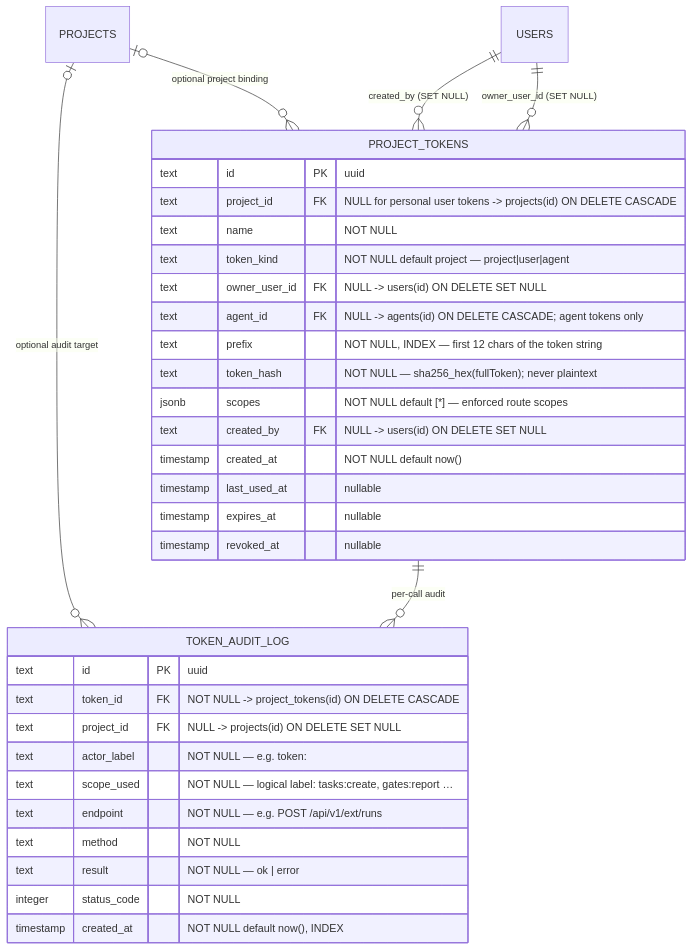
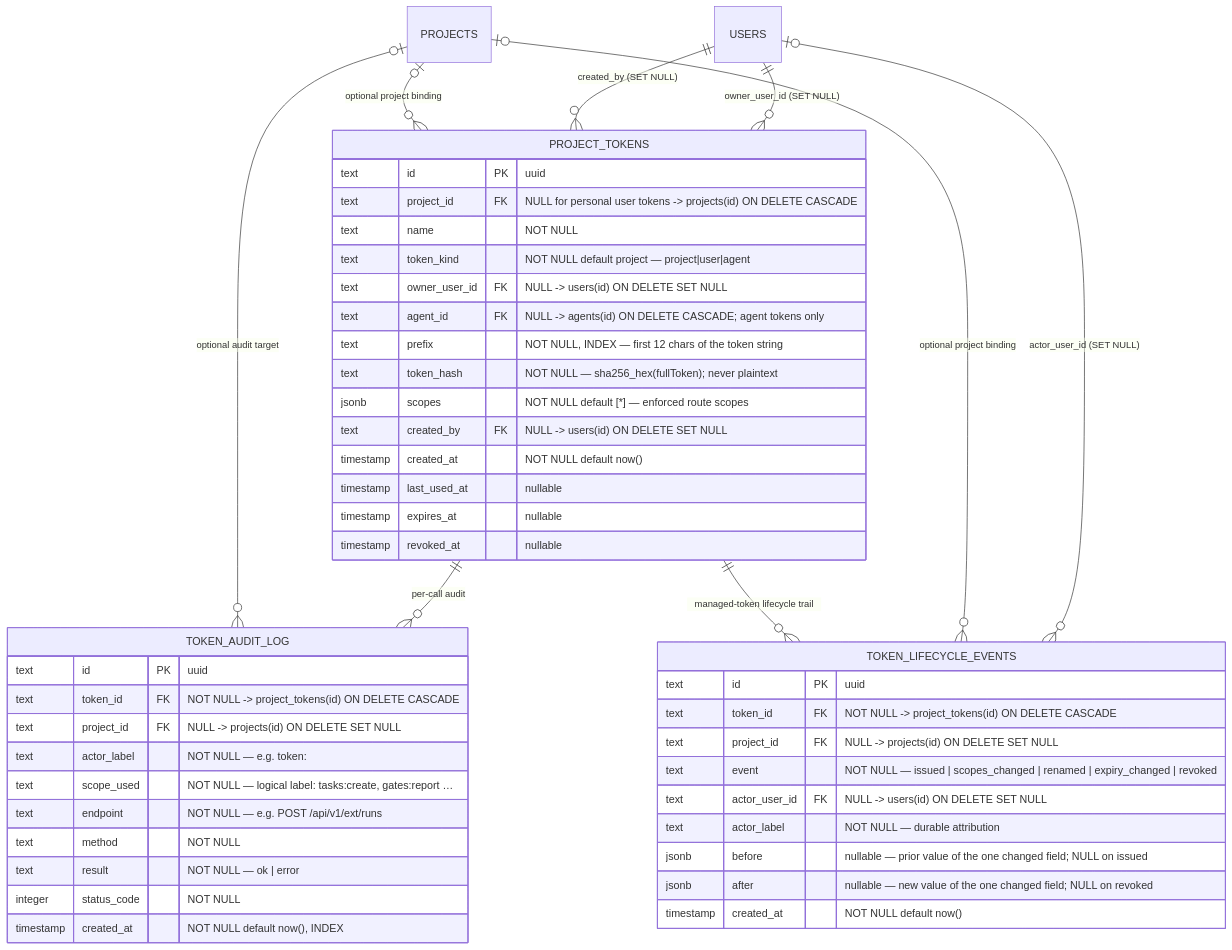
Before and after one commit to maister-dev/maister: the diagram in docs/db/integrations-domain.md, drawn with Mermaid. The commit also changed other lines of this file and 9 other files, not shown here.

First line of the commit message:
docs(tokens): specify the token lifecycle domain (ADR-168)

````diff
--- a/docs/db/integrations-domain.md
+++ b/docs/db/integrations-domain.md
@@ -16,38 +16,53 @@
 ```mermaid
 erDiagram
     PROJECTS o|--o{ PROJECT_TOKENS : "optional project binding"
     PROJECTS o|--o{ TOKEN_AUDIT_LOG : "optional audit target"
     USERS ||--o{ PROJECT_TOKENS : "created_by (SET NULL)"
     USERS ||--o{ PROJECT_TOKENS : "owner_user_id (SET NULL)"
     PROJECT_TOKENS ||--o{ TOKEN_AUDIT_LOG : "per-call audit"
+    PROJECT_TOKENS ||--o{ TOKEN_LIFECYCLE_EVENTS : "managed-token lifecycle trail"
+    PROJECTS o|--o{ TOKEN_LIFECYCLE_EVENTS : "optional project binding"
+    USERS o|--o{ TOKEN_LIFECYCLE_EVENTS : "actor_user_id (SET NULL)"
 
     PROJECT_TOKENS {
         text id PK "uuid"
         text project_id FK "NULL for personal user tokens -> projects(id) ON DELETE CASCADE"
         text name "NOT NULL"
         text token_kind "NOT NULL default project — project|user|agent"
         text owner_user_id FK "NULL -> users(id) ON DELETE SET NULL"
         text agent_id FK "NULL -> agents(id) ON DELETE CASCADE; agent tokens only"
         text prefix "NOT NULL, INDEX — first 12 chars of the token string"
         text token_hash "NOT NULL — sha256_hex(fullToken); never plaintext"
         jsonb scopes "NOT NULL default [*] — enforced route scopes"
         text created_by FK "NULL -> users(id) ON DELETE SET NULL"
         timestamp created_at "NOT NULL default now()"
         timestamp last_used_at "nullable"
         timestamp expires_at "nullable"
         timestamp revoked_at "nullable"
     }
 
     TOKEN_AUDIT_LOG {
         text id PK "uuid"
         text token_id FK "NOT NULL -> project_tokens(id) ON DELETE CASCADE"
         text project_id FK "NULL -> projects(id) ON DELETE SET NULL"
         text actor_label "NOT NULL — e.g. token:<name>"
         text scope_used "NOT NULL — logical label: tasks:create, gates:report …"
         text endpoint "NOT NULL — e.g. POST /api/v1/ext/runs"
         text method "NOT NULL"
         text result "NOT NULL — ok | error"
         integer status_code "NOT NULL"
         timestamp created_at "NOT NULL default now(), INDEX"
     }
+
+    TOKEN_LIFECYCLE_EVENTS {
+        text id PK "uuid"
+        text token_id FK "NOT NULL -> project_tokens(id) ON DELETE CASCADE"
+        text project_id FK "NULL -> projects(id) ON DELETE SET NULL"
+        text event "NOT NULL — issued | scopes_changed | renamed | expiry_changed | revoked"
+        text actor_user_id FK "NULL -> users(id) ON DELETE SET NULL"
+        text actor_label "NOT NULL — durable attribution"
+        jsonb before "nullable — prior value of the one changed field; NULL on issued"
+        jsonb after "nullable — new value of the one changed field; NULL on revoked"
+        timestamp created_at "NOT NULL default now()"
+    }
 ```
````
